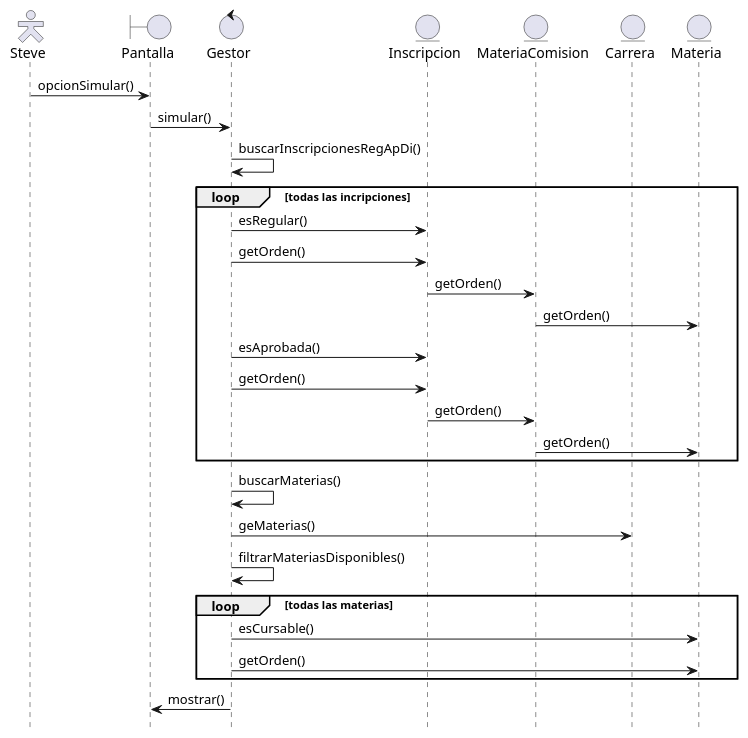
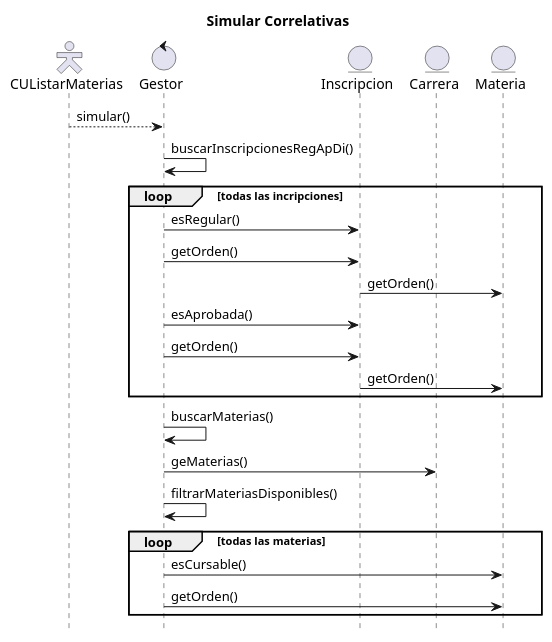
Before and after one commit to EmilianoM7/UTN_EZ: the diagram in Documentation/UTNEZ_Secuencia-SimularCorrelativas.puml, drawn with PlantUML. The commit also changed 15 other files, not shown here.

```diff
--- a/Documentation/UTNEZ_Secuencia-SimularCorrelativas.puml
+++ b/Documentation/UTNEZ_Secuencia-SimularCorrelativas.puml
@@ -1,46 +1,40 @@
 @startuml
 
 ' --- SKIN ---
 
 skinparam actorStyle Hollow
 hide footbox
 
 ' --- DIAGRAMA ---
 
-actor Steve as A
-boundary Pantalla as P
+title "Simular Correlativas"
+
+actor CUListarMaterias as CU
 control Gestor as G
 entity Inscripcion as I
-entity MateriaComision as MC
 entity Carrera as C
 entity Materia as M
 
-
-A -> P : opcionSimular()
-P -> G : simular()
+CU --> G : simular()
 G -> G : buscarInscripcionesRegApDi()
 
 loop todas las incripciones
     G -> I : esRegular()
     G -> I : getOrden()
-    I -> MC : getOrden()
-    MC -> M : getOrden()
+    I -> M : getOrden()
 
     G -> I : esAprobada()
     G -> I : getOrden()
-    I -> MC : getOrden()
-    MC -> M : getOrden()
+    I -> M : getOrden()
 end
 
 G -> G : buscarMaterias()
 G -> C : geMaterias()
 G -> G : filtrarMateriasDisponibles()
 
 loop todas las materias
     G -> M : esCursable()
     G -> M : getOrden()
 end
 
-G -> P : mostrar()
-
 @enduml
```
